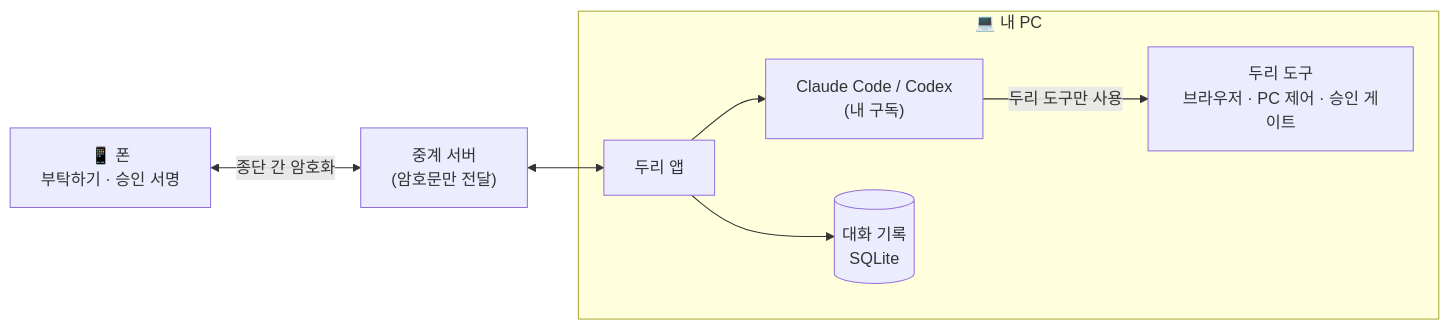
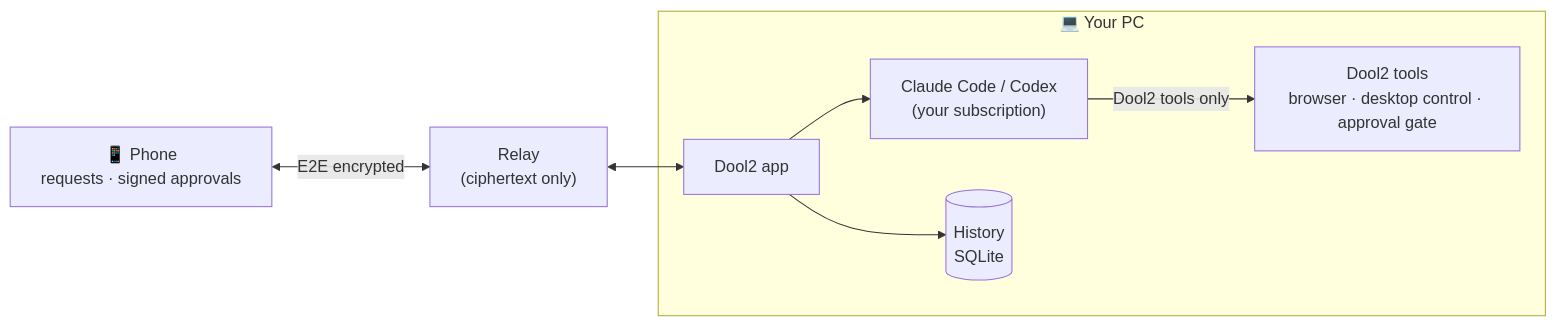
Before and after one commit to kuzvo-dev/dool2: the diagram in README.md, drawn with Mermaid. The commit also changed other lines of this file and 124 other files, not shown here.

````diff
--- a/README.md
+++ b/README.md
@@ -76,14 +58,14 @@
 ```mermaid
 flowchart LR
-  phone["📱 폰<br/>부탁하기 · 승인 서명"]
-  relay["중계 서버<br/>(암호문만 전달)"]
-  subgraph pc["💻 내 PC"]
-    app["두리 앱"]
-    agent["Claude Code / Codex<br/>(내 구독)"]
-    tools["두리 도구<br/>브라우저 · PC 제어 · 승인 게이트"]
-    db[("대화 기록<br/>SQLite")]
+  phone["📱 Phone<br/>requests · signed approvals"]
+  relay["Relay<br/>(ciphertext only)"]
+  subgraph pc["💻 Your PC"]
+    app["Dool2 app"]
+    agent["Claude Code / Codex<br/>(your subscription)"]
+    tools["Dool2 tools<br/>browser · desktop control · approval gate"]
+    db[("History<br/>SQLite")]
   end
-  phone <-- 종단 간 암호화 --> relay <--> app
-  app --> agent -- 두리 도구만 사용 --> tools
+  phone <-- E2E encrypted --> relay <--> app
+  app --> agent -- Dool2 tools only --> tools
   app --> db
 ```
````
